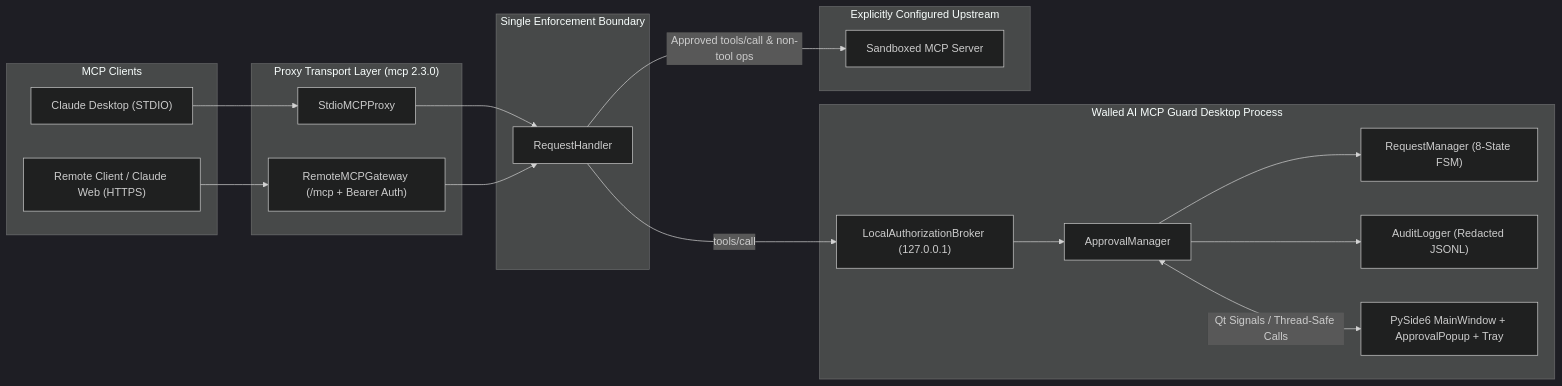
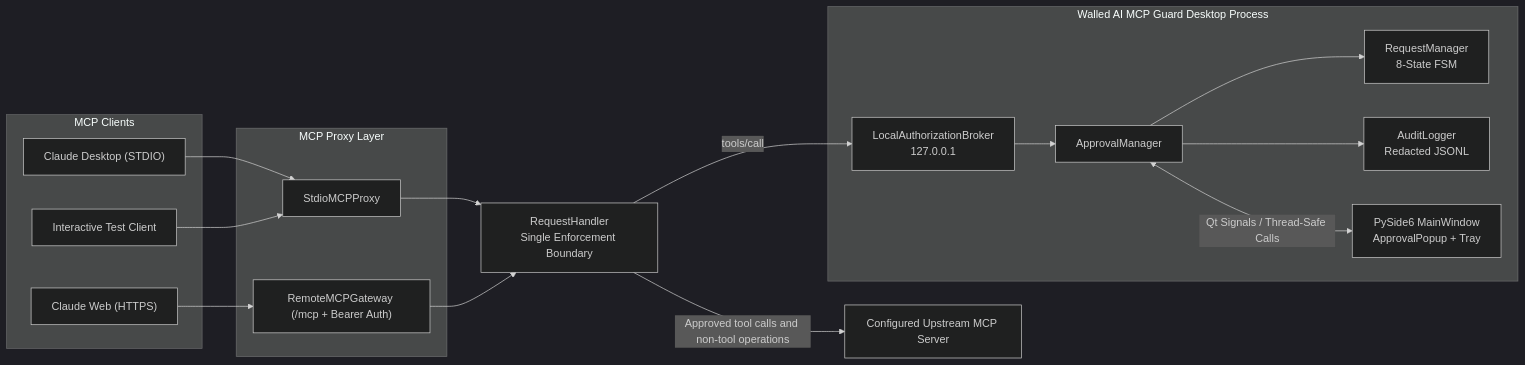
The first of 3 diagrams in docs/ARCHITECTURE.md (panuganti0211/walled-ai-mcp-guard), drawn with Mermaid (dark theme) before and after one commit. The commit also changed other lines of this file and 6 other files, not shown here.

Commit message:
docs: add verified Claude Web integration evidence

````diff
--- a/docs/ARCHITECTURE.md
+++ b/docs/ARCHITECTURE.md
@@ -20,36 +29,35 @@
 ```mermaid
 flowchart LR
-    subgraph ClientSide["MCP Clients"]
+    subgraph Clients["MCP Clients"]
         CD["Claude Desktop (STDIO)"]
-        RW["Remote Client / Claude Web (HTTPS)"]
+        CW["Claude Web (HTTPS)"]
+        TC["Interactive Test Client"]
     end
 
-    subgraph ProxyLayer["Proxy Transport Layer (mcp 2.3.0)"]
+    subgraph Proxy["MCP Proxy Layer"]
         SP["StdioMCPProxy"]
         HG["RemoteMCPGateway (/mcp + Bearer Auth)"]
     end
 
-    subgraph Enforcement["Single Enforcement Boundary"]
-        RH["RequestHandler"]
+    RH["RequestHandler<br/>Single Enforcement Boundary"]
+
+    subgraph Desktop["Walled AI MCP Guard Desktop Process"]
+        IPC["LocalAuthorizationBroker<br/>127.0.0.1"]
+        AM["ApprovalManager"]
+        RM["RequestManager<br/>8-State FSM"]
+        AL["AuditLogger<br/>Redacted JSONL"]
+        UI["PySide6 MainWindow<br/>ApprovalPopup + Tray"]
     end
 
-    subgraph DesktopApp["Walled AI MCP Guard Desktop Process"]
-        IPC["LocalAuthorizationBroker (127.0.0.1)"]
-        AM["ApprovalManager"]
-        RM["RequestManager (8-State FSM)"]
-        AL["AuditLogger (Redacted JSONL)"]
-        UI["PySide6 MainWindow + ApprovalPopup + Tray"]
-    end
-
-    subgraph Upstream["Explicitly Configured Upstream"]
-        FS["Sandboxed MCP Server"]
-    end
+    FS["Configured Upstream MCP Server"]
 
     CD --> SP --> RH
-    RW --> HG --> RH
-    RH -->|tools/call| IPC --> AM
+    TC --> SP
+    CW --> HG --> RH
+    RH -->|"tools/call"| IPC
+    IPC --> AM
     AM --> RM
     AM --> AL
-    AM <-->|Qt Signals / Thread-Safe Calls| UI
-    RH -->|Approved tools/call & non-tool ops| FS
+    AM <-->|"Qt Signals / Thread-Safe Calls"| UI
+    RH -->|"Approved tool calls and non-tool operations"| FS
 ```
````
